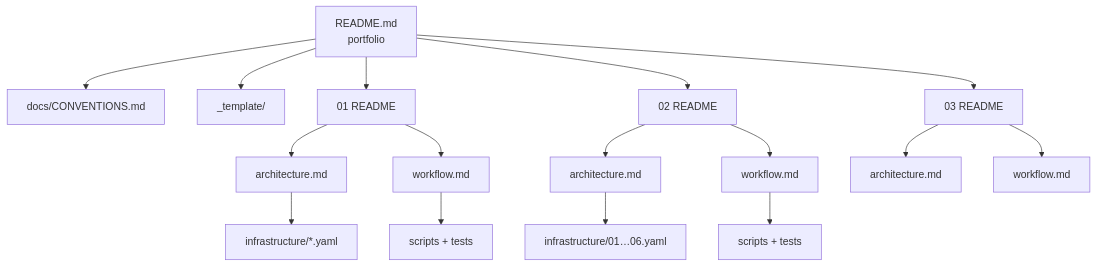
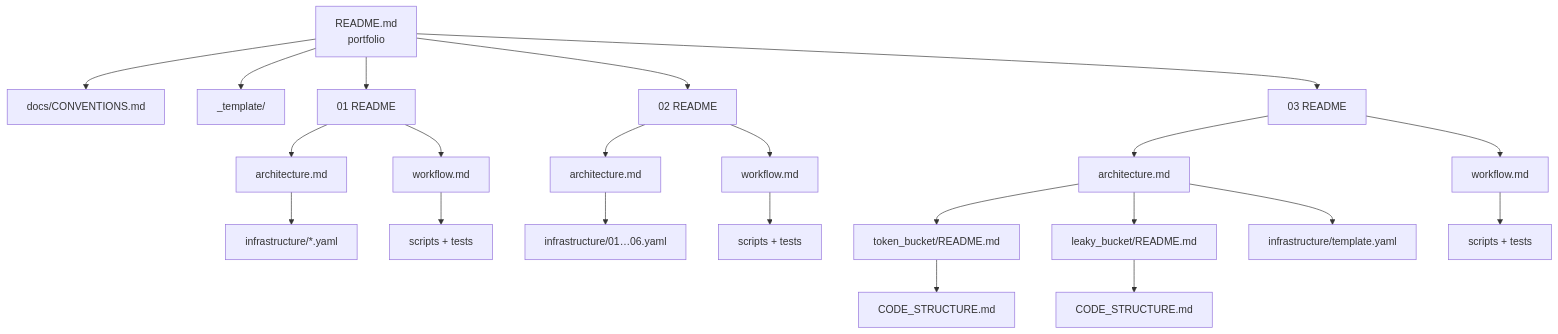
One commit to TareDevarsh/AWS-cloudformation-projects changed the third of 3 diagrams in README.md. Above: the diagram before and after it, drawn with Mermaid. The commit also changed other lines of this file and 7 other files, not shown here.

Commit message:
03-rate-limiter: simplify docs (tables, diagrams, plain language), update documentation map

````diff
--- a/README.md
+++ b/README.md
@@ -111,15 +113,21 @@
 ```mermaid
 graph TD
     R[README.md<br/>portfolio] --> C[docs/CONVENTIONS.md]
     R --> T[_template/]
     R --> P1[01 README]
     R --> P2[02 README]
     R --> P3[03 README]
     P1 --> A1[architecture.md] & W1[workflow.md]
     P2 --> A2[architecture.md] & W2[workflow.md]
     A1 --> I1[infrastructure/*.yaml]
     A2 --> I2[infrastructure/01…06.yaml]
     W1 --> S1[scripts + tests]
     W2 --> S2[scripts + tests]
     P3 --> A3[architecture.md] & W3[workflow.md]
+    A3 --> TB[token_bucket/README.md]
+    A3 --> LB[leaky_bucket/README.md]
+    TB --> TBC[CODE_STRUCTURE.md]
+    LB --> LBC[CODE_STRUCTURE.md]
+    A3 --> I3[infrastructure/template.yaml]
+    W3 --> S3[scripts + tests]
 ```
````
